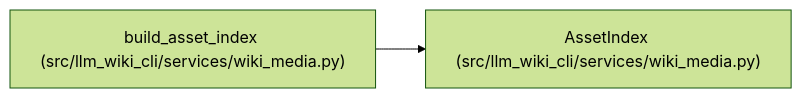
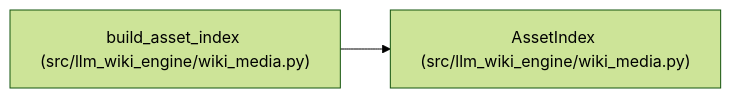
The diagram in docs/llm_wiki/entities/AssetIndex.md (Denissvgn/python-wiki-llm), drawn with Mermaid (forest theme) before and after one commit. The commit also changed other lines of this file and 1103 other files, not shown here.

First line of the commit message:
docs: refresh the wiki for the llm-wiki-engine distribution

````diff
--- a/docs/llm_wiki/entities/AssetIndex.md
+++ b/docs/llm_wiki/entities/AssetIndex.md
@@ -32,8 +32,8 @@
 ```mermaid
 flowchart LR
-    n0["AssetIndex (src/llm_wiki_cli/services/wiki_media.py)"]
-    n1["build_asset_index (src/llm_wiki_cli/services/wiki_media.py)"]
+    n0["AssetIndex (src/llm_wiki_engine/wiki_media.py)"]
+    n1["build_asset_index (src/llm_wiki_engine/wiki_media.py)"]
     n1 --> n0
     click n0 "../modules/wiki_media.md"
     click n1 "../modules/wiki_media.md"
 ```
````
